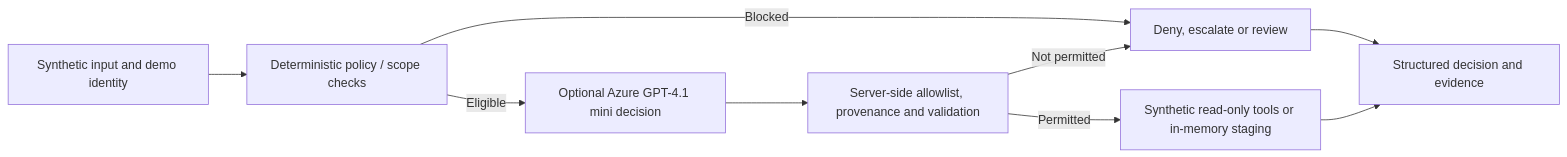
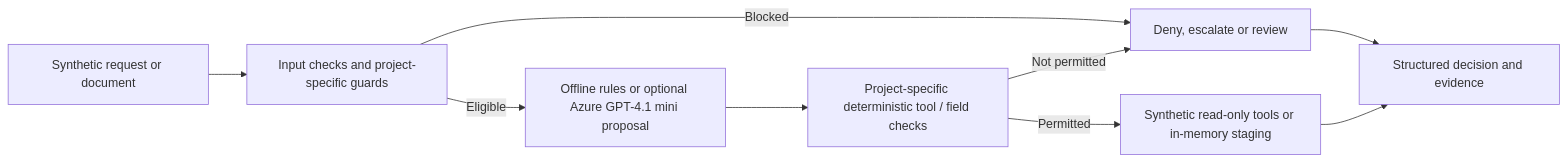
One commit to n-neykov/agentic-ai-architecture-portfolio changed the diagram in README.md. Above: the diagram before and after it, drawn with Mermaid.

Commit message:
docs: clarify conceptual cross-project diagram without implying universal pre-inference authorization

````diff
--- a/README.md
+++ b/README.md
@@ -44,11 +44,11 @@
 ```mermaid
 flowchart LR
-  U["Synthetic input and demo identity"] --> G["Deterministic policy / scope checks"]
+  U["Synthetic request or document"] --> G["Input checks and project-specific guards"]
   G -->|Blocked| D["Deny, escalate or review"]
-  G -->|Eligible| M["Optional Azure GPT-4.1 mini decision"]
-  M --> V["Server-side allowlist, provenance and validation"]
+  G -->|Eligible| M["Offline rules or optional Azure GPT-4.1 mini proposal"]
+  M --> V["Project-specific deterministic tool / field checks"]
   V -->|Not permitted| D
   V -->|Permitted| T["Synthetic read-only tools or in-memory staging"]
   T --> E["Structured decision and evidence"]
   D --> E
 ```
````
